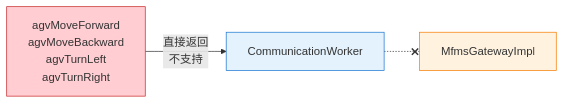
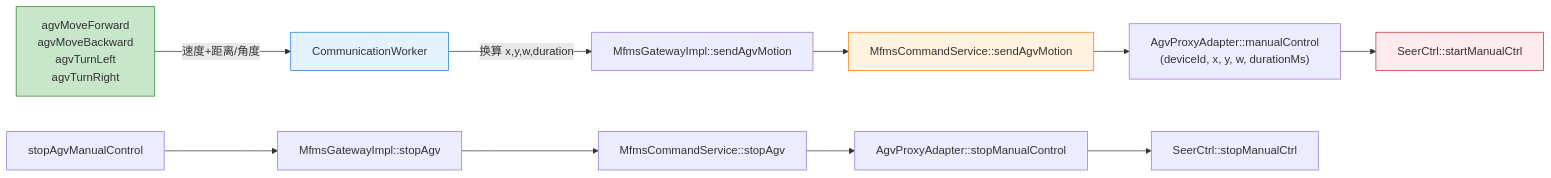
Before and after one commit to 495229520/obsidian_notes: the fifth of 14 diagrams in 10.研一上学期/MFMS_DataCenter_Architecture.md, drawn with Mermaid. The commit also changed other lines of this file and 19 other files, not shown here.

````diff
--- a/10.研一上学期/MFMS_DataCenter_Architecture.md
+++ b/10.研一上学期/MFMS_DataCenter_Architecture.md
@@ -351,9 +678,18 @@
 ```mermaid
 graph LR
-    A["agvMoveForward<br/>agvMoveBackward<br/>agvTurnLeft<br/>agvTurnRight"] -->|"直接返回<br/>不支持"| B["CommunicationWorker"]
-    B -.-x C["MfmsGatewayImpl"]
+    A["agvMoveForward<br/>agvMoveBackward<br/>agvTurnLeft<br/>agvTurnRight"] -->|"速度+距离/角度"| B["CommunicationWorker"]
+    B -->|"换算 x,y,w,duration"| C["MfmsGatewayImpl::sendAgvMotion"]
+    C --> D["MfmsCommandService::sendAgvMotion"]
+    D --> E["AgvProxyAdapter::manualControl<br/>(deviceId, x, y, w, durationMs)"]
+    E --> F["SeerCtrl::startManualCtrl"]
 
-    style A fill:#FFCDD2,stroke:#C62828
+    G["stopAgvManualControl"] --> H["MfmsGatewayImpl::stopAgv"]
+    H --> I["MfmsCommandService::stopAgv"]
+    I --> J["AgvProxyAdapter::stopManualControl"]
+    J --> K["SeerCtrl::stopManualCtrl"]
+
+    style A fill:#C8E6C9,stroke:#2E7D32
     style B fill:#E3F2FD,stroke:#1976D2
-    style C fill:#FFF3E0,stroke:#F57C00
+    style D fill:#FFF3E0,stroke:#F57C00
+    style F fill:#FFEBEE,stroke:#C62828
 ```
````
